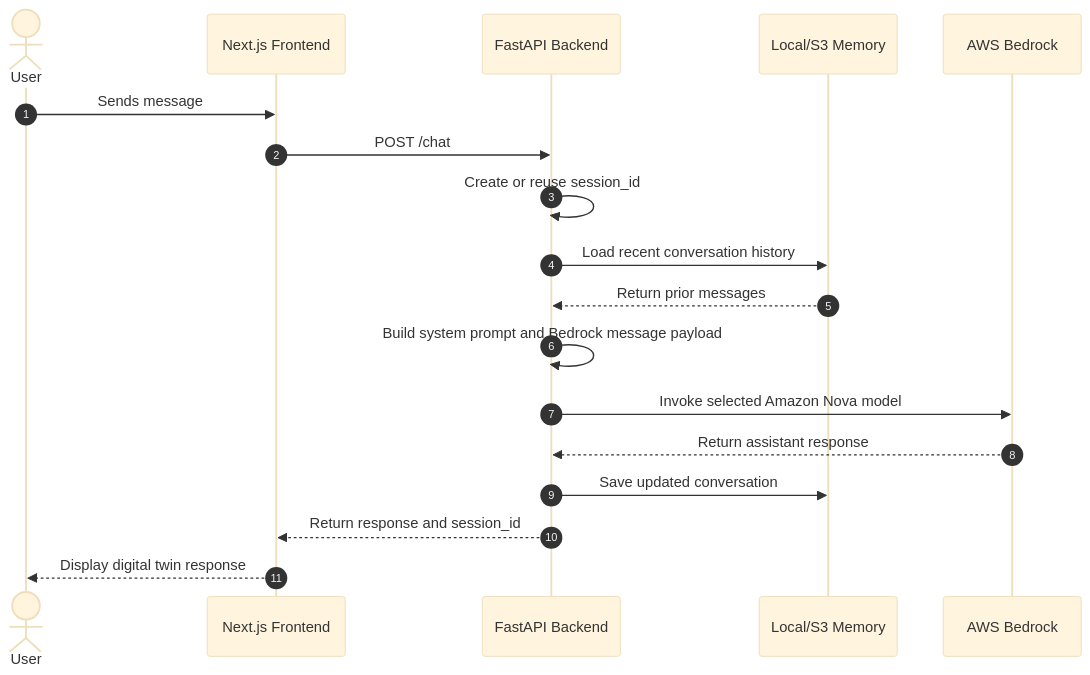
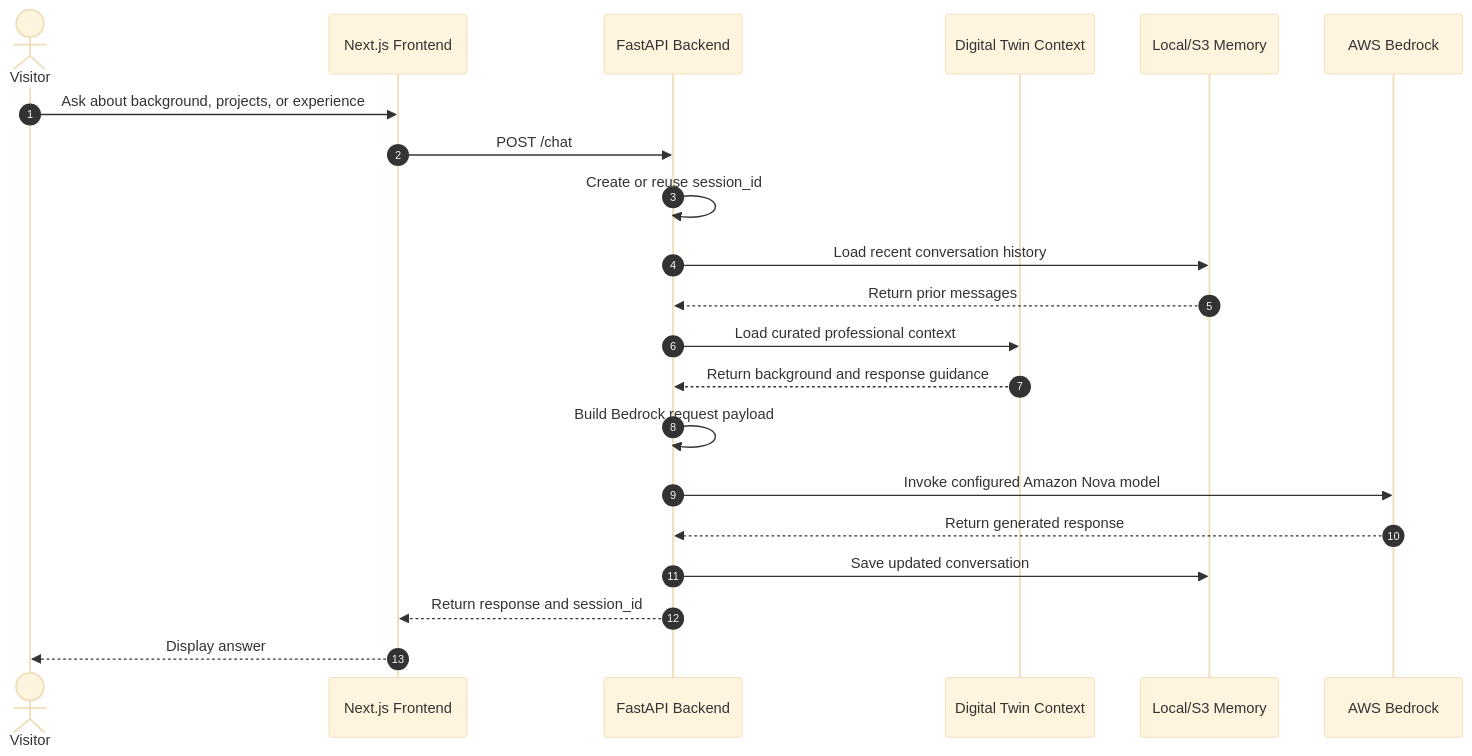
The second of 4 diagrams in README.md (bkane56/twin), drawn with Mermaid (base theme) before and after one commit. The commit also changed other lines of this file and 1 other file, not shown here.

````diff
--- a/README.md
+++ b/README.md
@@ -53,21 +76,24 @@
 ```mermaid
 sequenceDiagram
     autonumber
-    actor User
+    actor User as Visitor
     participant UI as Next.js Frontend
     participant API as FastAPI Backend
+    participant Context as Digital Twin Context
     participant Memory as Local/S3 Memory
     participant Bedrock as AWS Bedrock
 
-    User->>UI: Sends message
+    User->>UI: Ask about background, projects, or experience
     UI->>API: POST /chat
     API->>API: Create or reuse session_id
     API->>Memory: Load recent conversation history
     Memory-->>API: Return prior messages
-    API->>API: Build system prompt and Bedrock message payload
-    API->>Bedrock: Invoke selected Amazon Nova model
-    Bedrock-->>API: Return assistant response
+    API->>Context: Load curated professional context
+    Context-->>API: Return background and response guidance
+    API->>API: Build Bedrock request payload
+    API->>Bedrock: Invoke configured Amazon Nova model
+    Bedrock-->>API: Return generated response
     API->>Memory: Save updated conversation
     API-->>UI: Return response and session_id
-    UI-->>User: Display digital twin response
+    UI-->>User: Display answer
 ```
````
